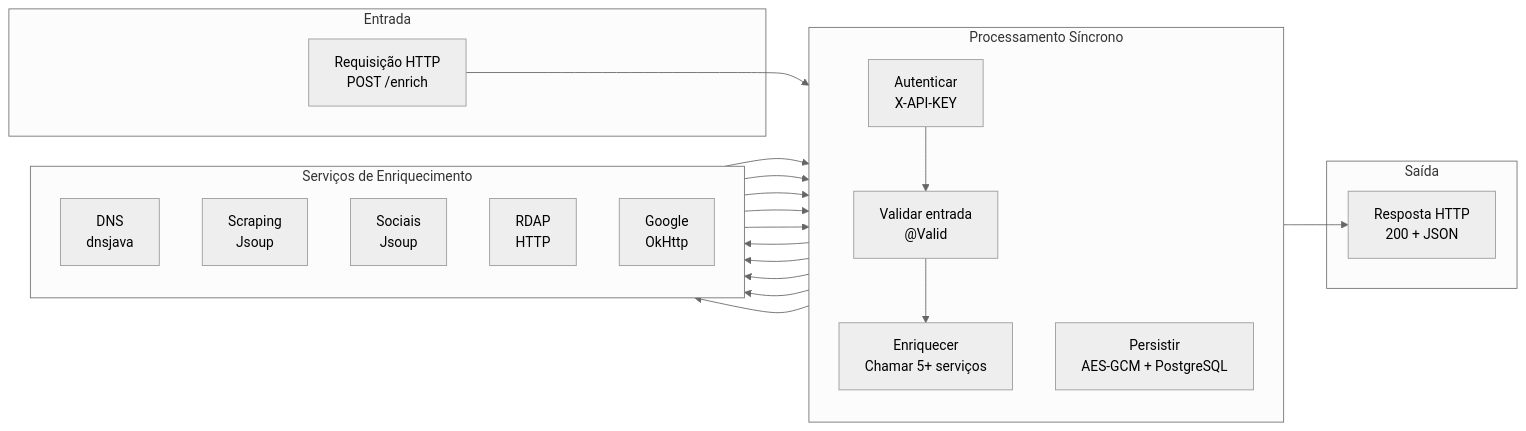
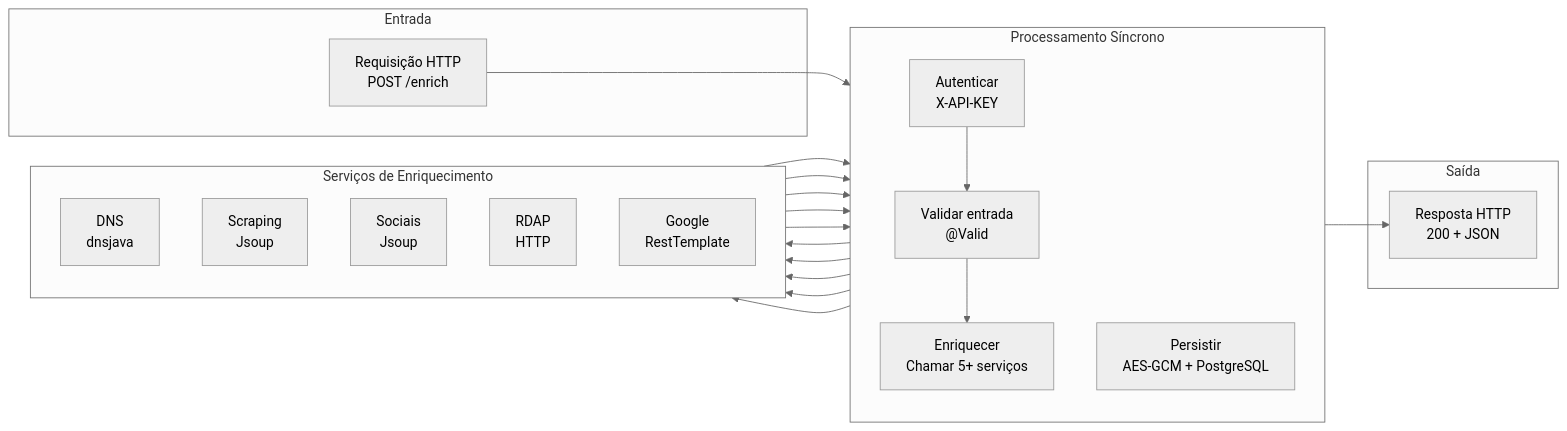
Before and after one commit to pdrodavi/lead-enrichment-api: the fourth of 4 diagrams in docs/diagrams/mermaid-fluxo-enriquecimento.md, drawn with Mermaid (neutral theme). The commit also changed other lines of this file and 32 other files, not shown here.

````diff
--- a/docs/diagrams/mermaid-fluxo-enriquecimento.md
+++ b/docs/diagrams/mermaid-fluxo-enriquecimento.md
@@ -134,45 +140,45 @@
 ```mermaid
 flowchart LR
     subgraph "Entrada"
         REQ[Requisição HTTP<br/>POST /enrich]
     end
 
     subgraph "Processamento Síncrono"
         direction TB
         VAL[Validar entrada<br/>@Valid]
         AUTH[Autenticar<br/>X-API-KEY]
         ENR["Enriquecer<br/>Chamar 5+ serviços"]
         PERSIST["Persistir<br/>AES-GCM + PostgreSQL"]
     end
 
     subgraph "Serviços de Enriquecimento"
         direction TB
         S1[DNS<br/>dnsjava]
         S2[Scraping<br/>Jsoup]
         S3[Sociais<br/>Jsoup]
         S4[RDAP<br/>HTTP]
-        S5[Google<br/>OkHttp]
+        S5[Google<br/>RestTemplate]
     end
 
     subgraph "Saída"
         RESP[Resposta HTTP<br/>200 + JSON]
     end
 
     REQ --> AUTH
     AUTH --> VAL
     VAL --> ENR
     
     ENR --> S1
     ENR --> S2
     ENR --> S3
     ENR --> S4
     ENR --> S5
     
     S1 --> PERSIST
     S2 --> PERSIST
     S3 --> PERSIST
     S4 --> PERSIST
     S5 --> PERSIST
     
     PERSIST --> RESP
 ```
````
